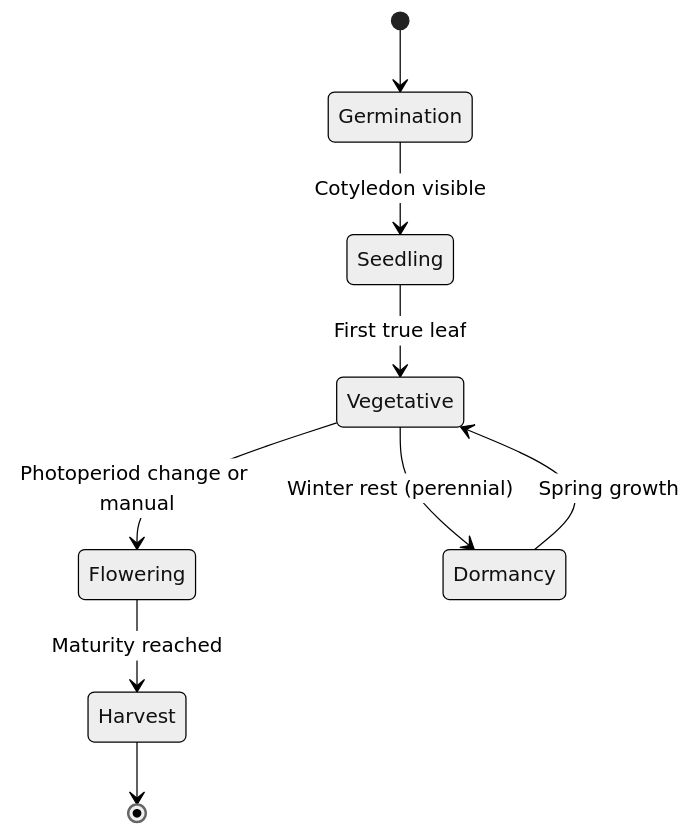
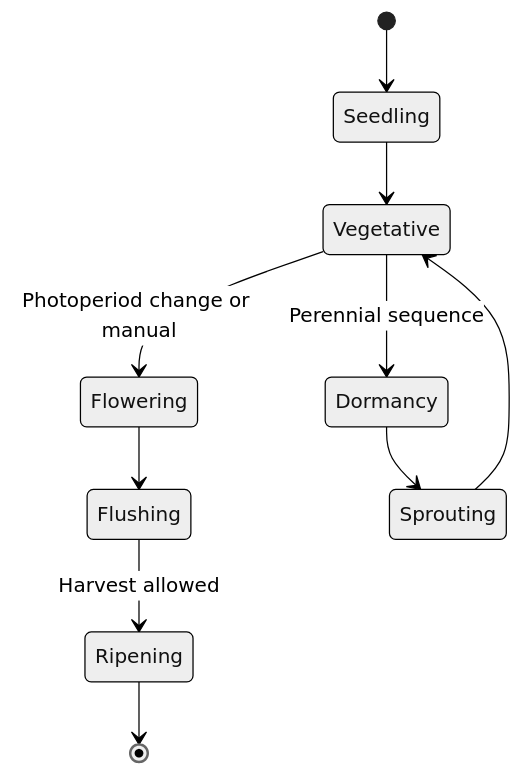
Before and after one commit to nolte/kamerplanter: the diagram in docs/en/user-guide/growth-phases.md, drawn with Mermaid (neutral theme). The commit also changed other lines of this file and 48 other files, not shown here.

````diff
--- a/docs/en/user-guide/growth-phases.md
+++ b/docs/en/user-guide/growth-phases.md
@@ -19,11 +57,13 @@
 ```mermaid
 stateDiagram-v2
-    [*] --> Germination
-    Germination --> Seedling : Cotyledon visible
-    Seedling --> Vegetative : First true leaf
+    [*] --> Seedling
+    Seedling --> Vegetative
     Vegetative --> Flowering : Photoperiod change or manual
-    Flowering --> Harvest : Maturity reached
-    Harvest --> [*]
-    Vegetative --> Dormancy : Winter rest (perennial)
-    Dormancy --> Vegetative : Spring growth
+    Flowering --> Flushing
+    Flushing --> Ripening : Harvest allowed
+    Ripening --> [*]
+
+    Vegetative --> Dormancy : Perennial sequence
+    Dormancy --> Sprouting
+    Sprouting --> Vegetative
 ```
````
